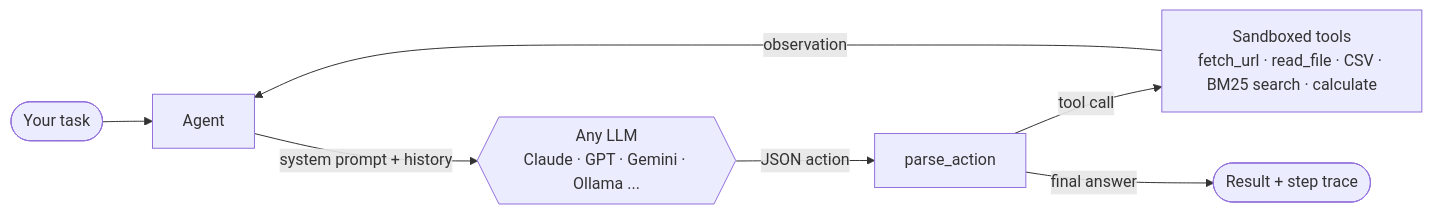
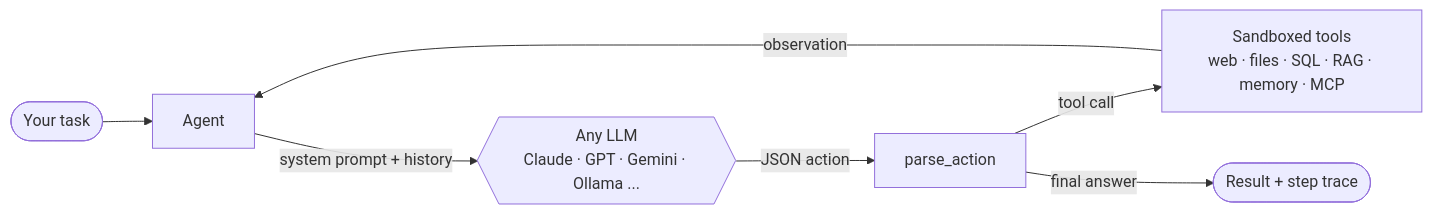
One commit to Ethos6/agent-army changed the diagram in README.md. Above: the diagram before and after it, drawn with Mermaid. The commit also changed other lines of this file and 3 other files, not shown here.

````diff
--- a/README.md
+++ b/README.md
@@ -93,9 +295,9 @@
 ```mermaid
 flowchart LR
     U([Your task]) --> A[Agent]
     A -- system prompt + history --> L{{Any LLM<br/>Claude · GPT · Gemini · Ollama ...}}
     L -- "JSON action" --> P[parse_action]
-    P -- "tool call" --> T[Sandboxed tools<br/>fetch_url · read_file · CSV · BM25 search · calculate]
+    P -- "tool call" --> T[Sandboxed tools<br/>web · files · SQL · RAG · memory · MCP]
     T -- observation --> A
     P -- "final answer" --> R([Result + step trace])
 ```
````
